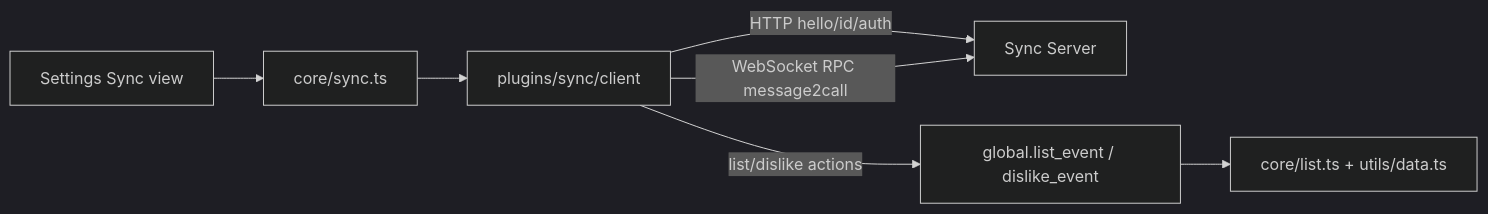
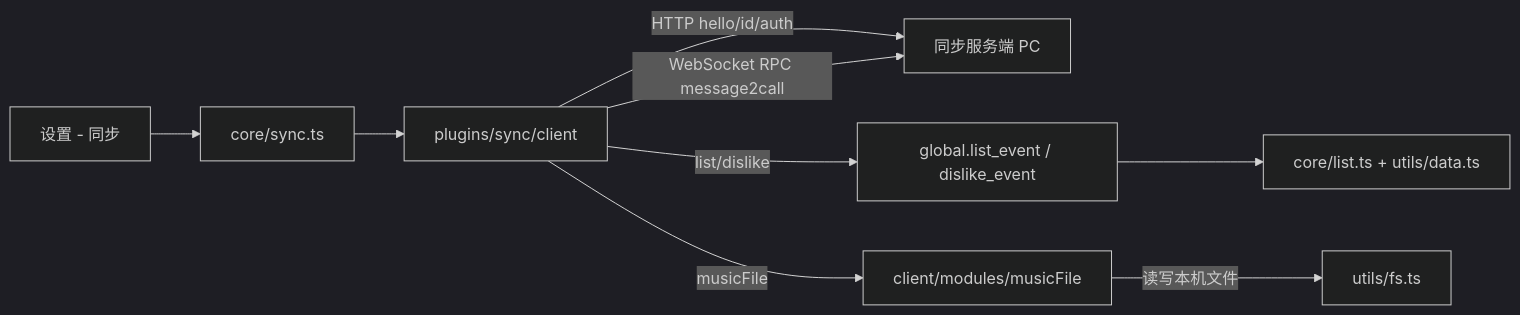
Before and after one commit to Owlwu/lx-music-mobile: the third of 3 diagrams in .ai/ARCHITECTURE.md, drawn with Mermaid (dark theme). The commit also changed other lines of this file and 30 other files, not shown here.

````diff
--- a/.ai/ARCHITECTURE.md
+++ b/.ai/ARCHITECTURE.md
@@ -135,9 +140,11 @@
 ```mermaid
 graph LR
-  UI[Settings Sync view] --> CS[core/sync.ts]
+  UI[设置 - 同步] --> CS[core/sync.ts]
   CS --> CC[plugins/sync/client]
-  CC -- HTTP hello/id/auth --> SRV[Sync Server]
+  CC -- HTTP hello/id/auth --> SRV[同步服务端 PC]
   CC -- WebSocket RPC message2call --> SRV
-  CC -- list/dislike actions --> LE[global.list_event / dislike_event]
+  CC -- list/dislike --> LE[global.list_event / dislike_event]
   LE --> DataP[core/list.ts + utils/data.ts]
+  CC -- musicFile --> MF[client/modules/musicFile]
+  MF -- 读写本机文件 --> FS[utils/fs.ts]
 ```
````
